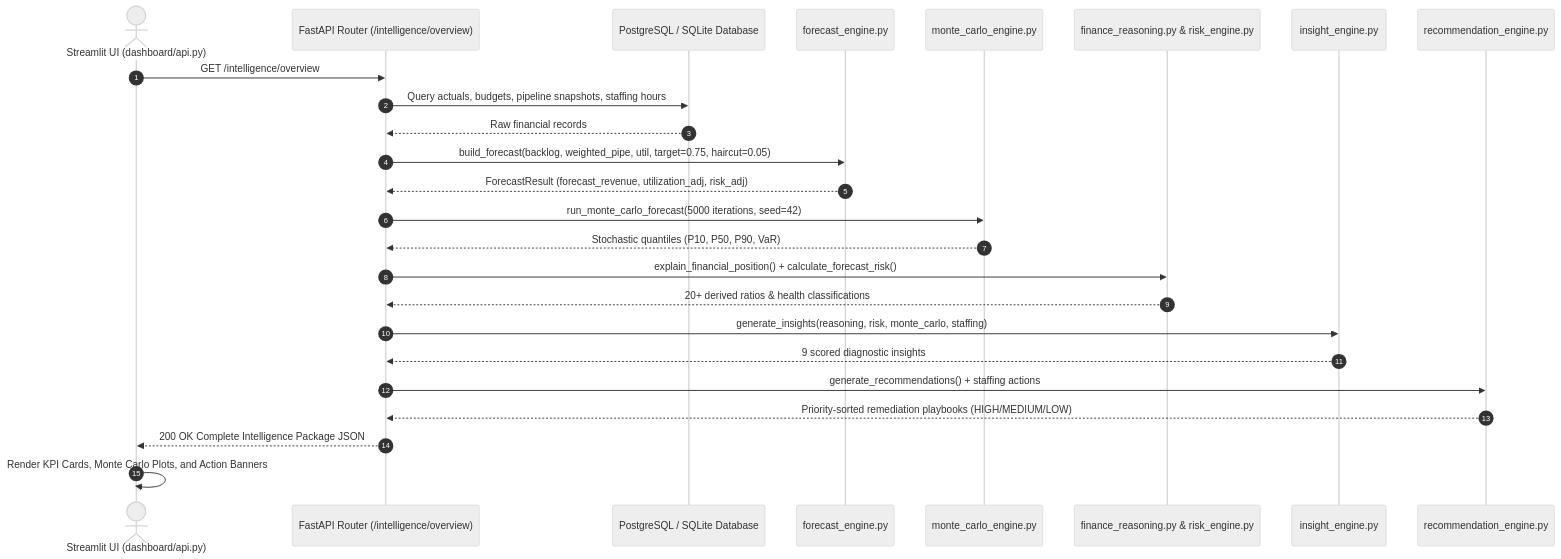
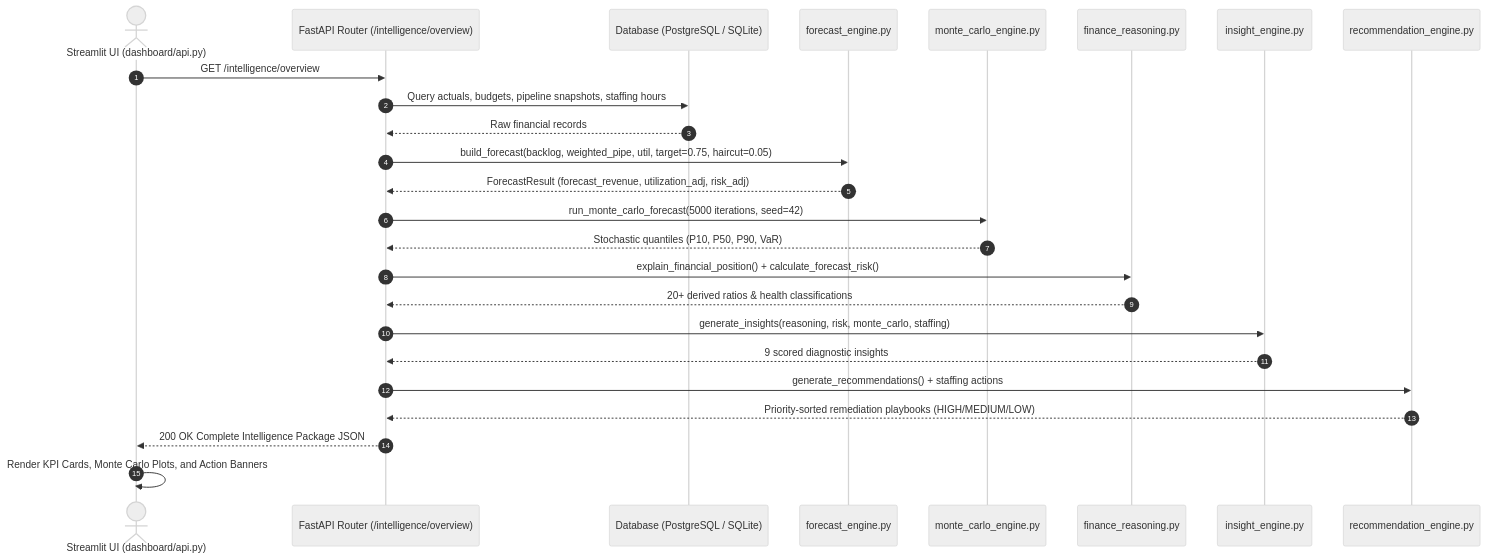
Before and after one commit to VED-VIVEK-TALMALEY/x-fin: the second of 2 diagrams in docs/API.md, drawn with Mermaid (neutral theme). The commit also changed other lines of this file and 6 other files, not shown here.

````diff
--- a/docs/API.md
+++ b/docs/API.md
@@ -71,28 +44,28 @@
 ```mermaid
 sequenceDiagram
     autonumber
     actor Dashboard as Streamlit UI (dashboard/api.py)
     participant Gateway as FastAPI Router (/intelligence/overview)
-    participant DB as PostgreSQL / SQLite Database
+    participant DB as Database (PostgreSQL / SQLite)
     participant EngFC as forecast_engine.py
     participant EngMC as monte_carlo_engine.py
-    participant EngRS as finance_reasoning.py & risk_engine.py
+    participant EngRS as finance_reasoning.py
     participant EngIN as insight_engine.py
     participant EngRC as recommendation_engine.py
 
     Dashboard->>Gateway: GET /intelligence/overview
     Gateway->>DB: Query actuals, budgets, pipeline snapshots, staffing hours
     DB-->>Gateway: Raw financial records
     Gateway->>EngFC: build_forecast(backlog, weighted_pipe, util, target=0.75, haircut=0.05)
     EngFC-->>Gateway: ForecastResult (forecast_revenue, utilization_adj, risk_adj)
     Gateway->>EngMC: run_monte_carlo_forecast(5000 iterations, seed=42)
     EngMC-->>Gateway: Stochastic quantiles (P10, P50, P90, VaR)
     Gateway->>EngRS: explain_financial_position() + calculate_forecast_risk()
     EngRS-->>Gateway: 20+ derived ratios & health classifications
     Gateway->>EngIN: generate_insights(reasoning, risk, monte_carlo, staffing)
     EngIN-->>Gateway: 9 scored diagnostic insights
     Gateway->>EngRC: generate_recommendations() + staffing actions
     EngRC-->>Gateway: Priority-sorted remediation playbooks (HIGH/MEDIUM/LOW)
     Gateway-->>Dashboard: 200 OK Complete Intelligence Package JSON
     Dashboard->>Dashboard: Render KPI Cards, Monte Carlo Plots, and Action Banners
 ```
````
